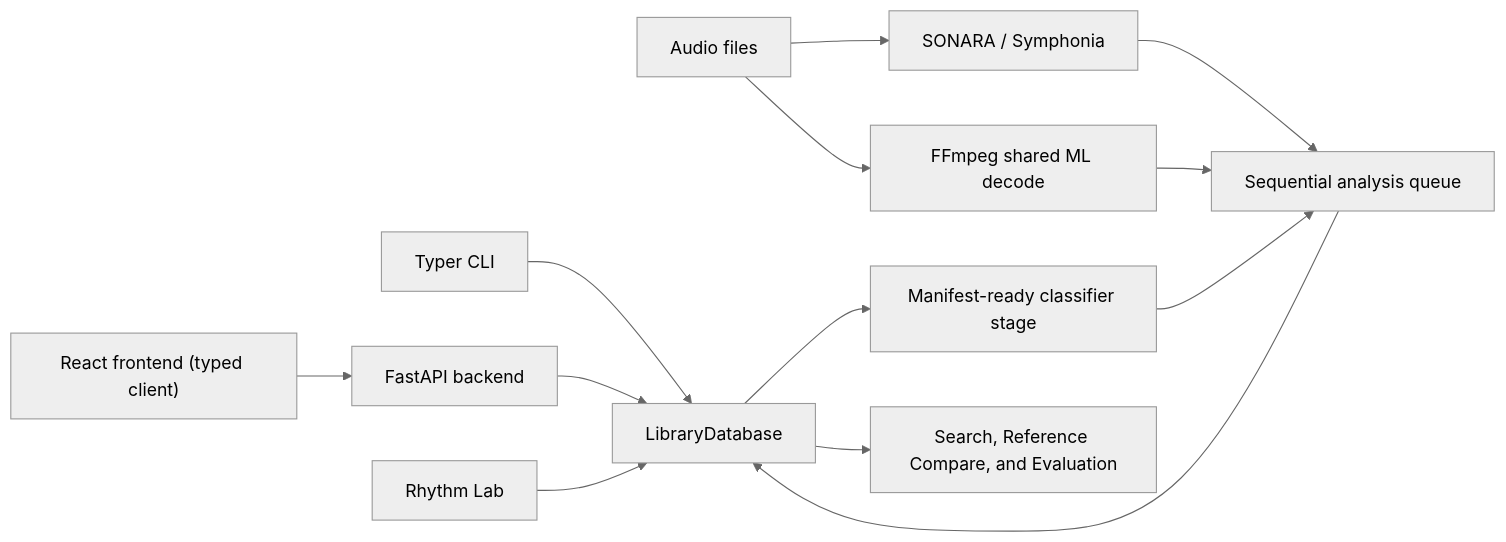
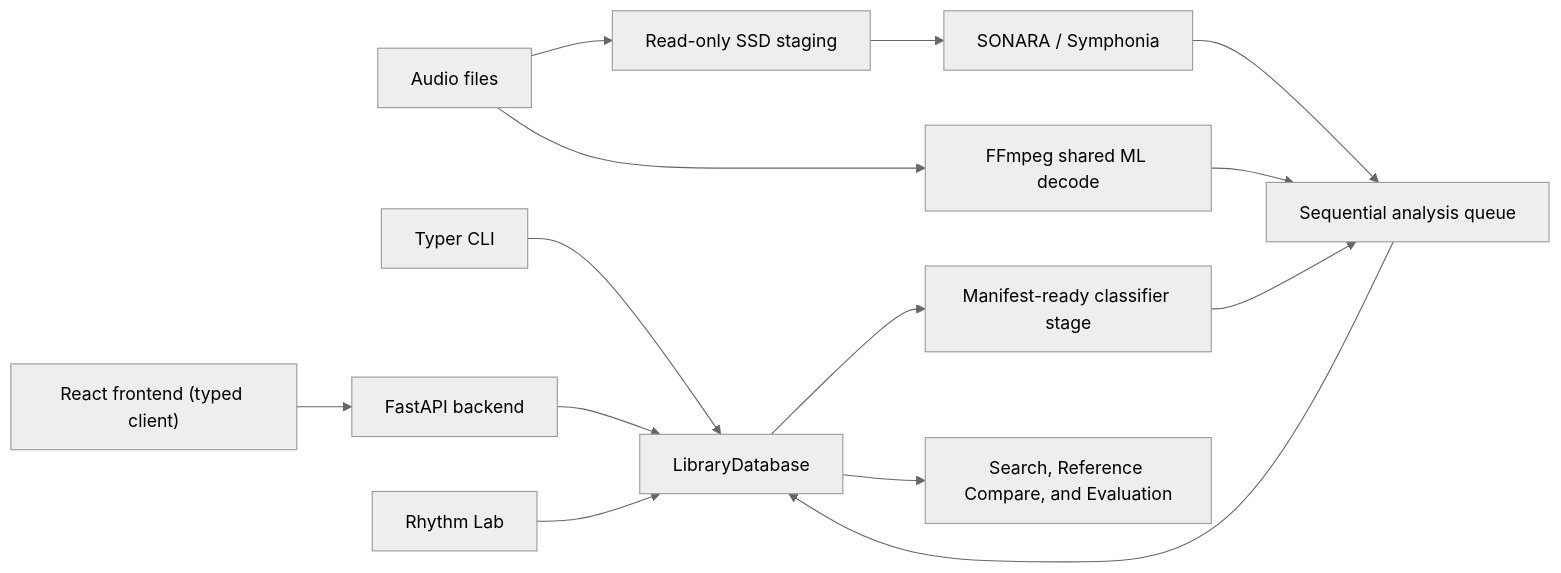
The diagram in docs/dj-track-similarity/developer/architecture.md (MeteorBurn/dj-track-similarity), drawn with Mermaid (neutral theme) before and after one commit. The commit also changed other lines of this file and 9 other files, not shown here.

Commit message:
feat: stage SONARA analysis on SSD

````diff
--- a/docs/dj-track-similarity/developer/architecture.md
+++ b/docs/dj-track-similarity/developer/architecture.md
@@ -9,15 +9,16 @@
 ```mermaid
 flowchart LR
     CLI[Typer CLI] --> DB[LibraryDatabase]
     API[FastAPI backend] --> DB
     UI["React frontend (typed client)"] --> API
-    Audio[Audio files] --> Sonara[SONARA / Symphonia]
+    Audio[Audio files] --> Stage[Read-only SSD staging]
+    Stage --> Sonara[SONARA / Symphonia]
     Audio --> FFmpeg[FFmpeg shared ML decode]
     Sonara --> Queue[Sequential analysis queue]
     FFmpeg --> Queue
     Queue --> DB
     DB --> Classifiers[Manifest-ready classifier stage]
     Classifiers --> Queue
     DB --> Search[Search, Reference Compare, and Evaluation]
     Lab[Rhythm Lab] --> DB
 ```
````
